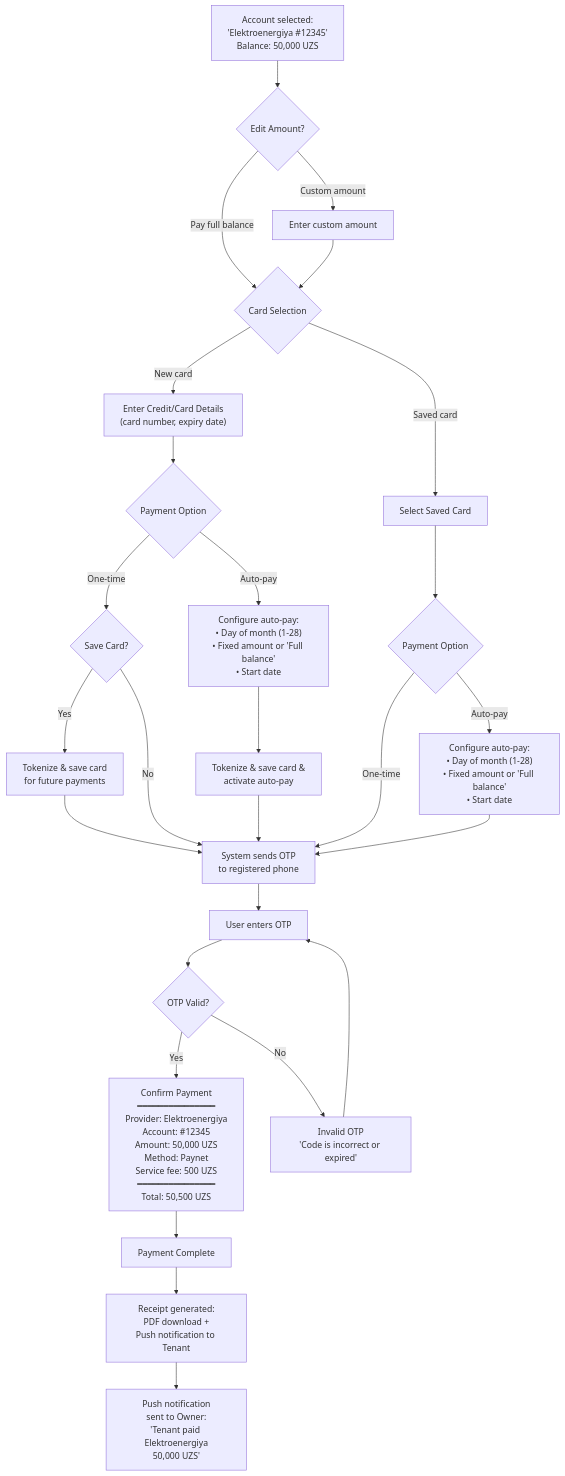
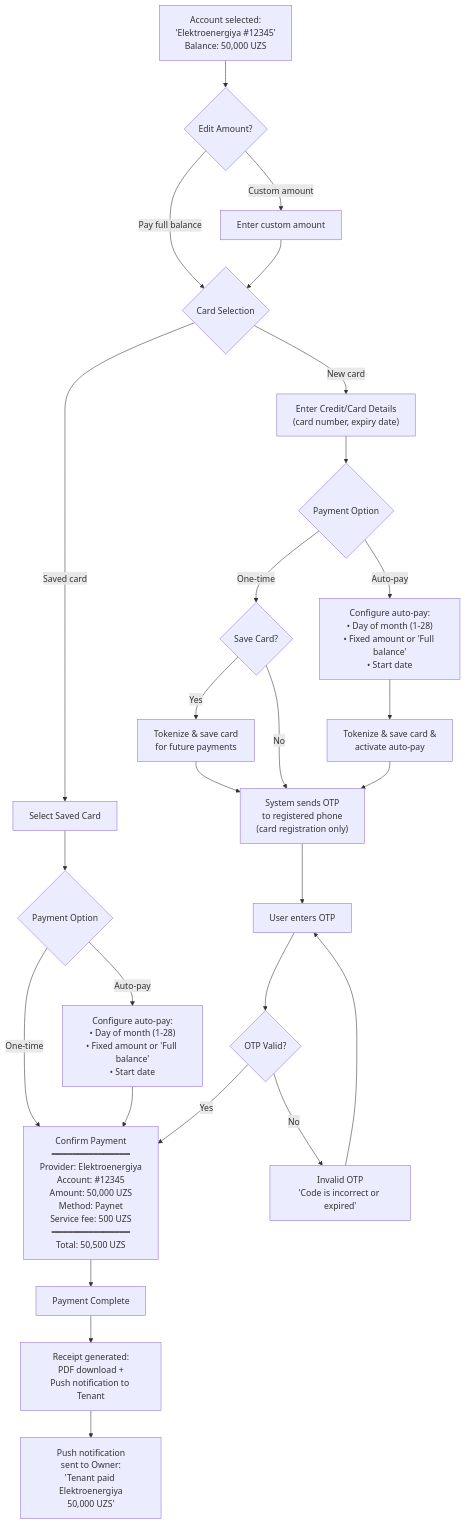
The fifth of 9 diagrams in utilities-payment-userflow.md (saodatm-dev/Utilities---Informational-Architecture), drawn with Mermaid before and after one commit. The commit also changed other lines of this file and 1 other file, not shown here.

Commit message:
feat: Introduce categorized utility selection and refine OTP requirement to card registration only.

````diff
--- a/utilities-payment-userflow.md
+++ b/utilities-payment-userflow.md
@@ -155,35 +157,35 @@
 ```mermaid
 flowchart TD
     ACC["Account selected:<br/>'Elektroenergiya #12345'<br/>Balance: 50,000 UZS"] --> EDIT_AMT{"Edit Amount?"}
     EDIT_AMT -->|"Pay full balance"| CARD_CHOICE{"Card Selection"}
     EDIT_AMT -->|"Custom amount"| CUSTOM_AMT["Enter custom amount"] --> CARD_CHOICE
 
     CARD_CHOICE -->|"New card"| NEW_CARD["Enter Credit/Card Details<br/>(card number, expiry date)"]
     CARD_CHOICE -->|"Saved card"| SAVED_CARD["Select Saved Card"]
 
     NEW_CARD --> PAY_OPTS_NEW{"Payment Option"}
     PAY_OPTS_NEW -->|"One-time"| SAVE_CARD{"Save Card?"}
     SAVE_CARD -->|"Yes"| TOKENIZE["Tokenize & save card<br/>for future payments"] --> SEND_OTP
     SAVE_CARD -->|"No"| SEND_OTP
     PAY_OPTS_NEW -->|"Auto-pay"| SCHED["Configure auto-pay:<br/>• Day of month (1-28)<br/>• Fixed amount or 'Full balance'<br/>• Start date"]
     SCHED --> AUTO_SAVE["Tokenize & save card &<br/>activate auto-pay"] --> SEND_OTP
 
     SAVED_CARD --> PAY_OPTS_SAVED{"Payment Option"}
-    PAY_OPTS_SAVED -->|"One-time"| SEND_OTP
-    PAY_OPTS_SAVED -->|"Auto-pay"| SCHED_SAVED["Configure auto-pay:<br/>• Day of month (1-28)<br/>• Fixed amount or 'Full balance'<br/>• Start date"] --> SEND_OTP
+    PAY_OPTS_SAVED -->|"One-time"| CONFIRM
+    PAY_OPTS_SAVED -->|"Auto-pay"| SCHED_SAVED["Configure auto-pay:<br/>• Day of month (1-28)<br/>• Fixed amount or 'Full balance'<br/>• Start date"] --> CONFIRM
 
-    SEND_OTP["System sends OTP<br/>to registered phone"]
+    SEND_OTP["System sends OTP<br/>to registered phone<br/>(card registration only)"]
     SEND_OTP --> ENTER_OTP["User enters OTP"]
     ENTER_OTP --> OTP_CHECK{"OTP Valid?"}
 
     OTP_CHECK -->|"Yes"| CONFIRM
     OTP_CHECK -->|"No"| OTP_ERROR["Invalid OTP<br/>'Code is incorrect or expired'"]
     OTP_ERROR --> ENTER_OTP
 
     CONFIRM["Confirm Payment<br/>━━━━━━━━━━━━━━━<br/>Provider: Elektroenergiya<br/>Account: #12345<br/>Amount: 50,000 UZS<br/>Method: Paynet<br/>Service fee: 500 UZS<br/>━━━━━━━━━━━━━━━<br/>Total: 50,500 UZS"]
 
     CONFIRM --> DONE["Payment Complete"]
     DONE --> RECEIPT["Receipt generated:<br/>PDF download +<br/>Push notification to Tenant"]
     RECEIPT --> NOTIFY_OWNER["Push notification<br/>sent to Owner:<br/>'Tenant paid Elektroenergiya<br/>50,000 UZS'"]
 
 ```
````
